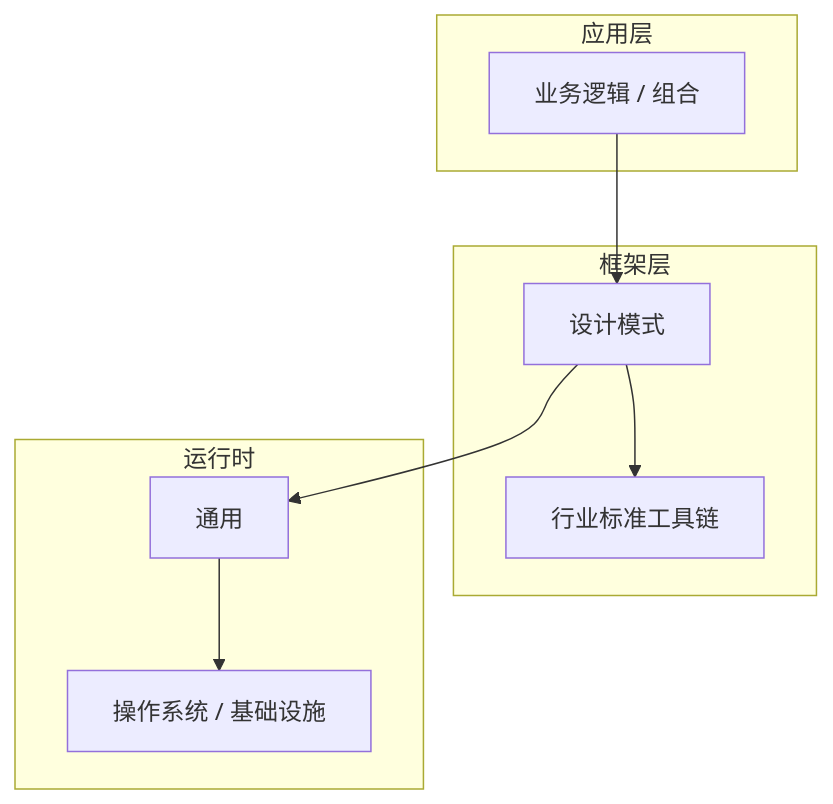
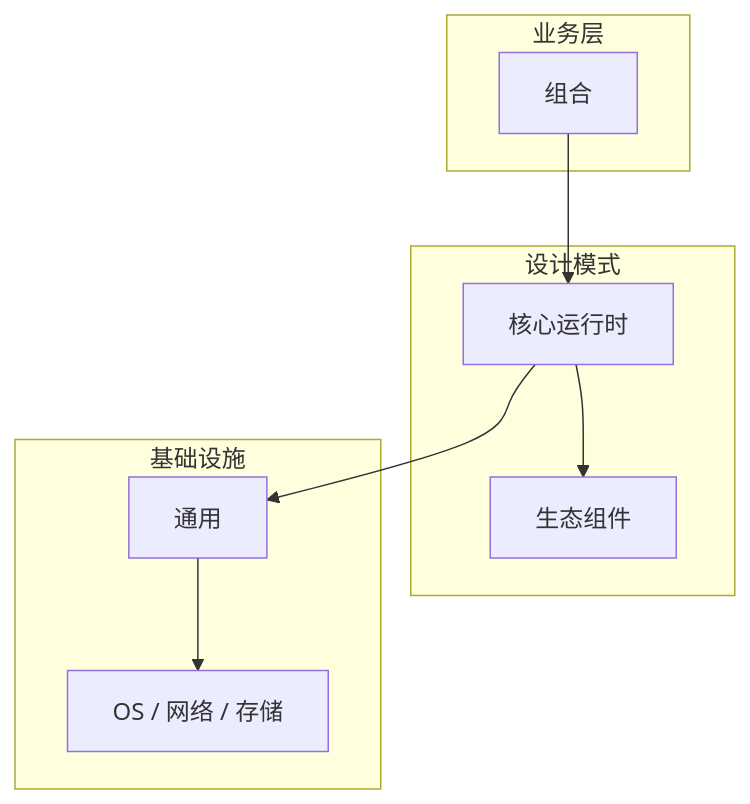
Before and after one commit to yanggan2015/knowledge-json-v2: the diagram in articles/设计模式/chapters/053-组合核心概念与原理.md, drawn with Mermaid. The commit also changed other lines of this file and 10127 other files, not shown here.

````diff
--- a/articles/设计模式/chapters/053-组合核心概念与原理.md
+++ b/articles/设计模式/chapters/053-组合核心概念与原理.md
@@ -45,18 +34,18 @@
 ```mermaid
 graph TB
-    subgraph 应用层
-        A[业务逻辑 / 组合]
+    subgraph 业务层
+        A[组合]
     end
-    subgraph 框架层
-        B[设计模式]
-        C[行业标准工具链]
+    subgraph 设计模式
+        B[核心运行时]
+        C[生态组件]
     end
-    subgraph 运行时
+    subgraph 基础设施
         D[通用]
-        E[操作系统 / 基础设施]
+        E[OS / 网络 / 存储]
     end
     A --> B
     B --> C
     B --> D
     D --> E
 ```
````
